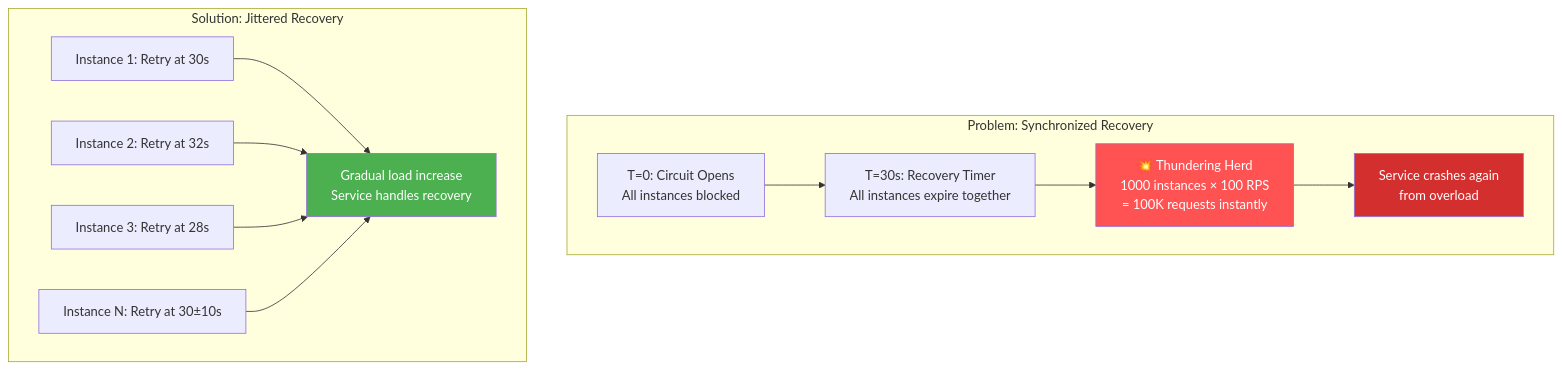
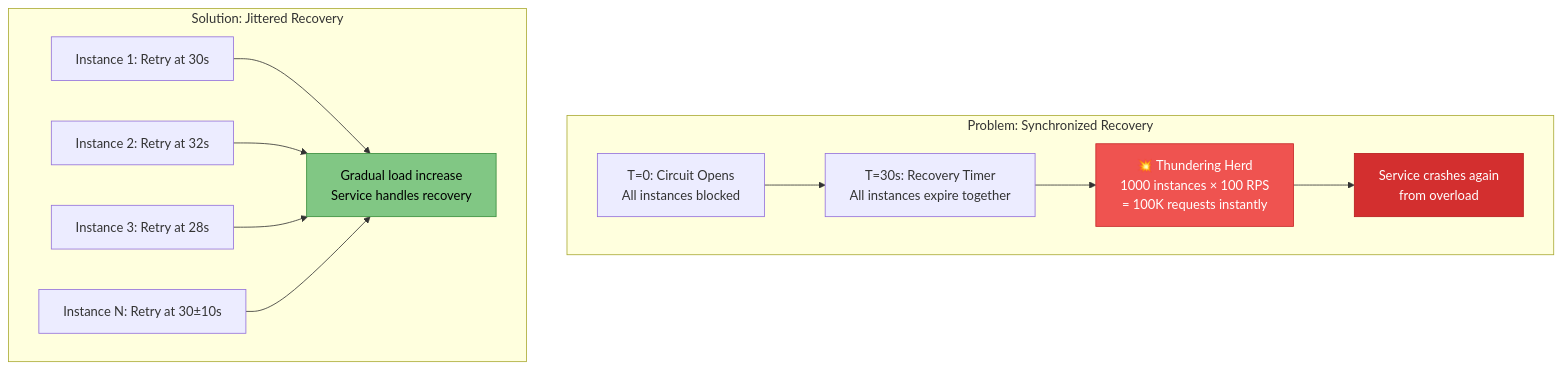
Before and after one commit to deepaucksharma/DStudio: the ninth of 14 diagrams in docs/patterns/circuit-breaker.md, drawn with Mermaid. The commit also changed other lines of this file and 43 other files, not shown here.

````diff
--- a/docs/patterns/circuit-breaker.md
+++ b/docs/patterns/circuit-breaker.md
@@ -783,26 +888,29 @@
 ```mermaid
 graph TB
     subgraph "Problem: Synchronized Recovery"
         T0["T=0: Circuit Opens<br/>All instances blocked"]
         T30["T=30s: Recovery Timer<br/>All instances expire together"]
         HERD["💥 Thundering Herd<br/>1000 instances × 100 RPS<br/>= 100K requests instantly"]
         CRASH["Service crashes again<br/>from overload"]
         
         T0 --> T30 --> HERD --> CRASH
     end
     
     subgraph "Solution: Jittered Recovery"
         J1["Instance 1: Retry at 30s"]
         J2["Instance 2: Retry at 32s"]
         J3["Instance 3: Retry at 28s"]
         J4["Instance N: Retry at 30±10s"]
         
         SMOOTH["Gradual load increase<br/>Service handles recovery"]
         
         J1 & J2 & J3 & J4 --> SMOOTH
     end
     
-    style HERD fill:#ff5252,color:#fff
-    style CRASH fill:#d32f2f,color:#fff
-    style SMOOTH fill:#4caf50,color:#fff
+    classDef danger fill:#ef5350,stroke:#c62828,color:#fff
+    classDef critical fill:#d32f2f,stroke:#b71c1c,color:#fff
+    classDef success fill:#81c784,stroke:#388e3c,color:#000
+    class HERD danger
+    class CRASH critical
+    class SMOOTH success
 ```
````
